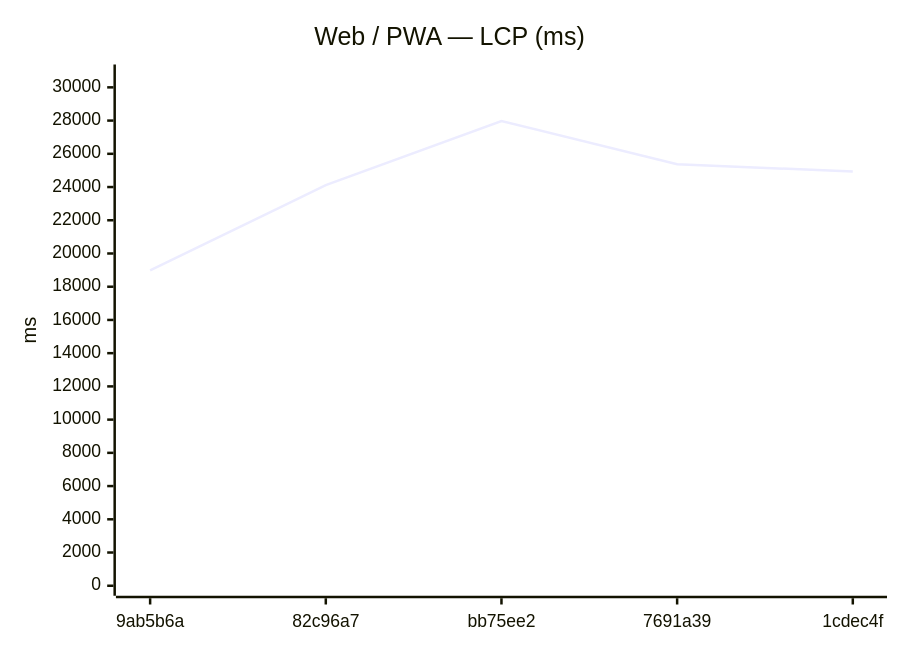
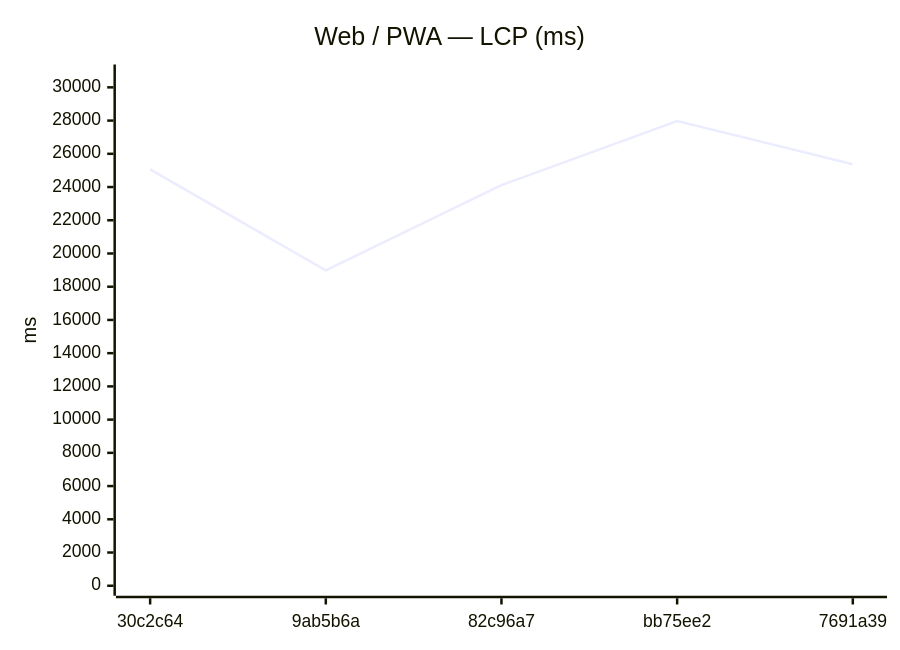
Before and after one commit to Metaheurist/Rianell: the seventh of 18 diagrams in benchmarks/compare.md, drawn with Mermaid. The commit also changed other lines of this file and 11 other files, not shown here.

````diff
--- a/benchmarks/compare.md
+++ b/benchmarks/compare.md
@@ -117,7 +117,7 @@
 ```mermaid
 xychart-beta
     title "Web / PWA — LCP (ms)"
-    x-axis ["9ab5b6a", "82c96a7", "bb75ee2", "7691a39", "1cdec4f"]
+    x-axis ["30c2c64", "9ab5b6a", "82c96a7", "bb75ee2", "7691a39"]
     y-axis "ms" 0 --> 30774
-    line [18985, 24113, 27976, 25370, 24933]
+    line [25064, 18985, 24113, 27976, 25370]
 ```
````
